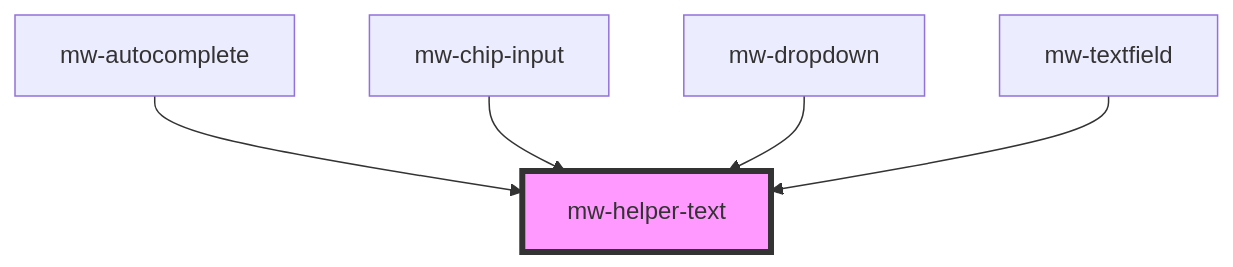
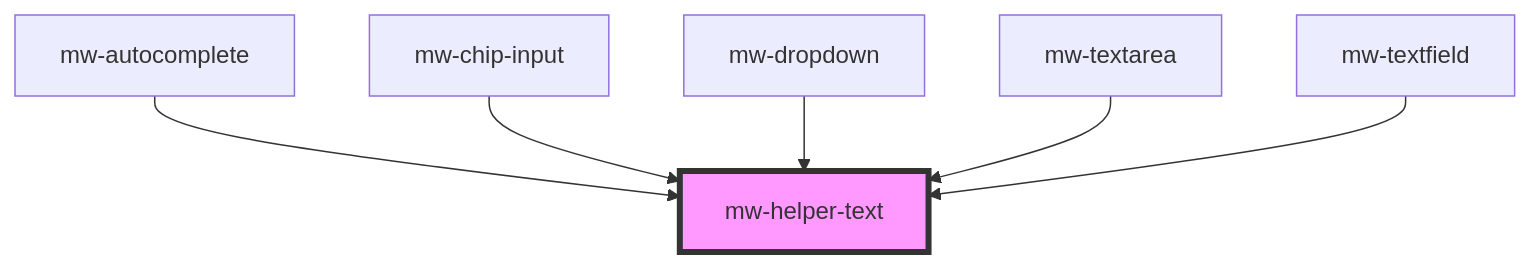
One commit to MaibornWolff/mwui changed the diagram in mwui-stencil/src/components/mw-helper-text/readme.md. Above: the diagram before and after it, drawn with Mermaid. The commit also changed other lines of this file and 17 other files, not shown here.

````diff
--- a/mwui-stencil/src/components/mw-helper-text/readme.md
+++ b/mwui-stencil/src/components/mw-helper-text/readme.md
@@ -23,8 +24,9 @@
 ```mermaid
 graph TD;
   mw-autocomplete --> mw-helper-text
   mw-chip-input --> mw-helper-text
   mw-dropdown --> mw-helper-text
+  mw-textarea --> mw-helper-text
   mw-textfield --> mw-helper-text
   style mw-helper-text fill:#f9f,stroke:#333,stroke-width:4px
 ```
````
